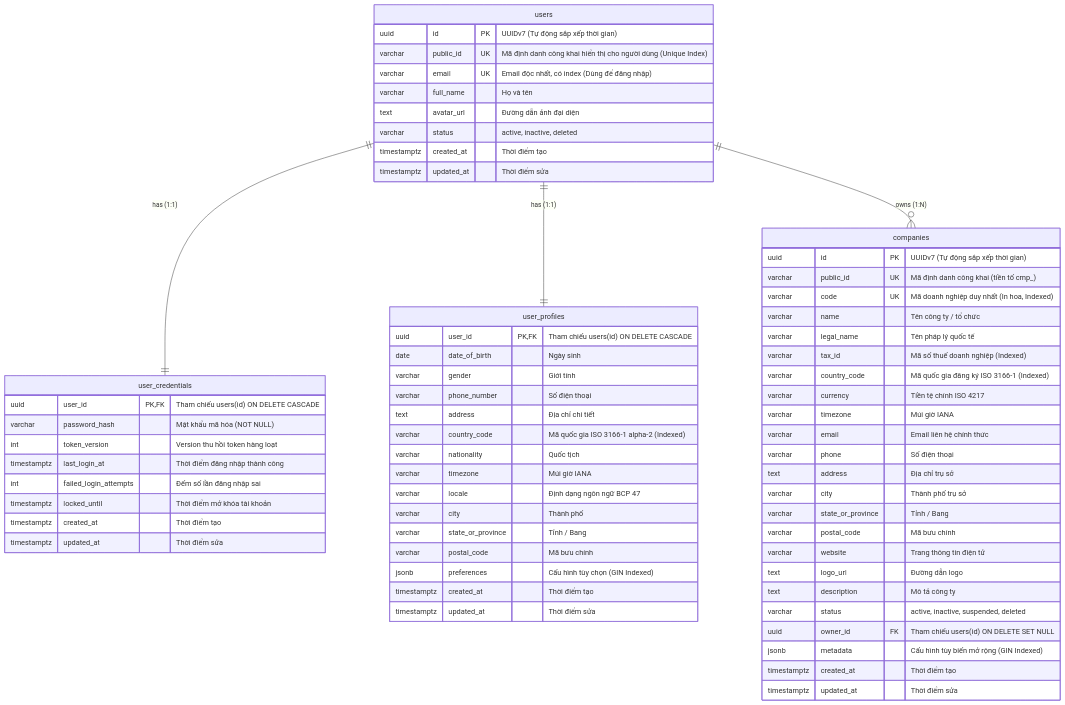
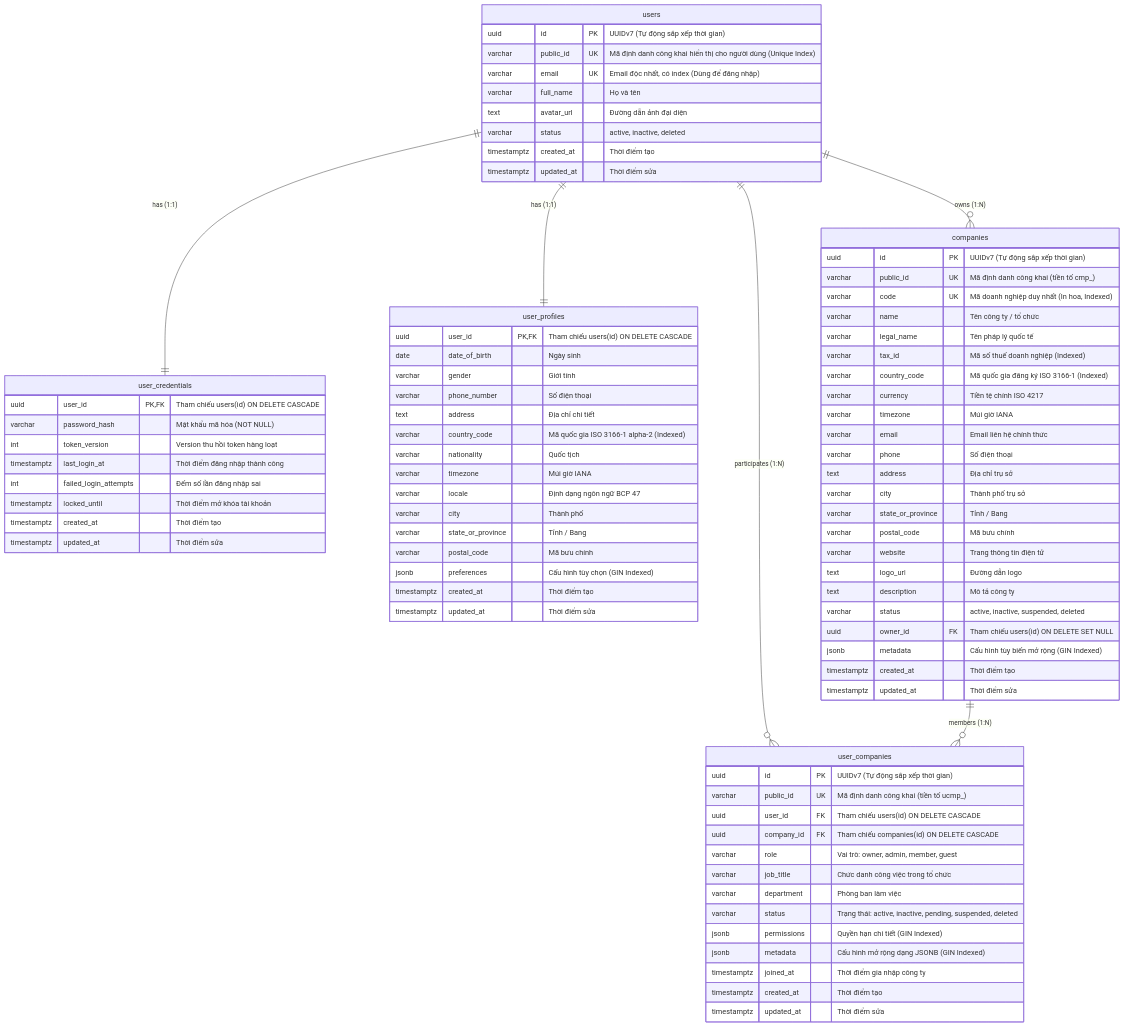
One commit to vlahanam/terra-clone changed the third of 4 diagrams in docs/system-architecture.md. Above: the diagram before and after it, drawn with Mermaid. The commit also changed other lines of this file and 25 other files, not shown here.

First line of the commit message:
Refactor user and company service error handling and response structure

````diff
--- a/docs/system-architecture.md
+++ b/docs/system-architecture.md
@@ -181,6 +188,8 @@
     users ||--|| user_credentials : "has (1:1)"
     users ||--|| user_profiles : "has (1:1)"
     users ||--o{ companies : "owns (1:N)"
+    users ||--o{ user_companies : "participates (1:N)"
+    companies ||--o{ user_companies : "members (1:N)"
 
     users {
         uuid id PK "UUIDv7 (Tự động sắp xếp thời gian)"
@@ -247,4 +256,20 @@
         timestamptz created_at "Thời điểm tạo"
         timestamptz updated_at "Thời điểm sửa"
     }
+
+    user_companies {
+        uuid id PK "UUIDv7 (Tự động sắp xếp thời gian)"
+        varchar public_id UK "Mã định danh công khai (tiền tố ucmp_)"
+        uuid user_id FK "Tham chiếu users(id) ON DELETE CASCADE"
+        uuid company_id FK "Tham chiếu companies(id) ON DELETE CASCADE"
+        varchar role "Vai trò: owner, admin, member, guest"
+        varchar job_title "Chức danh công việc trong tổ chức"
+        varchar department "Phòng ban làm việc"
+        varchar status "Trạng thái: active, inactive, pending, suspended, deleted"
+        jsonb permissions "Quyền hạn chi tiết (GIN Indexed)"
+        jsonb metadata "Cấu hình mở rộng dạng JSONB (GIN Indexed)"
+        timestamptz joined_at "Thời điểm gia nhập công ty"
+        timestamptz created_at "Thời điểm tạo"
+        timestamptz updated_at "Thời điểm sửa"
+    }
 ```
````
